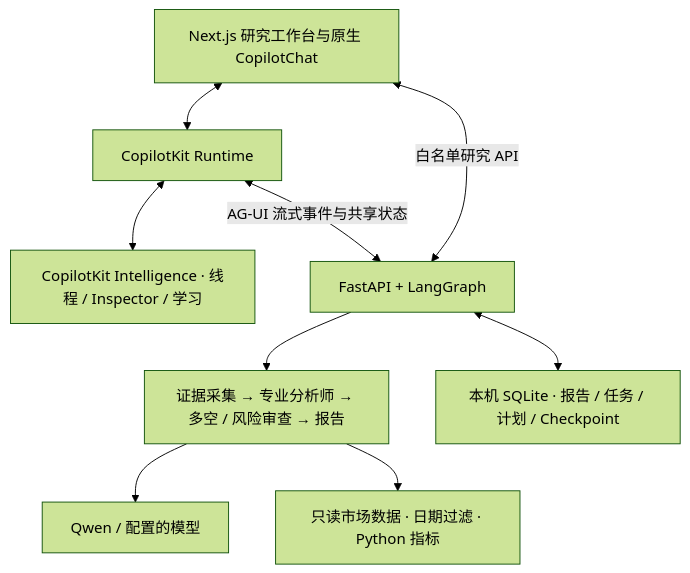
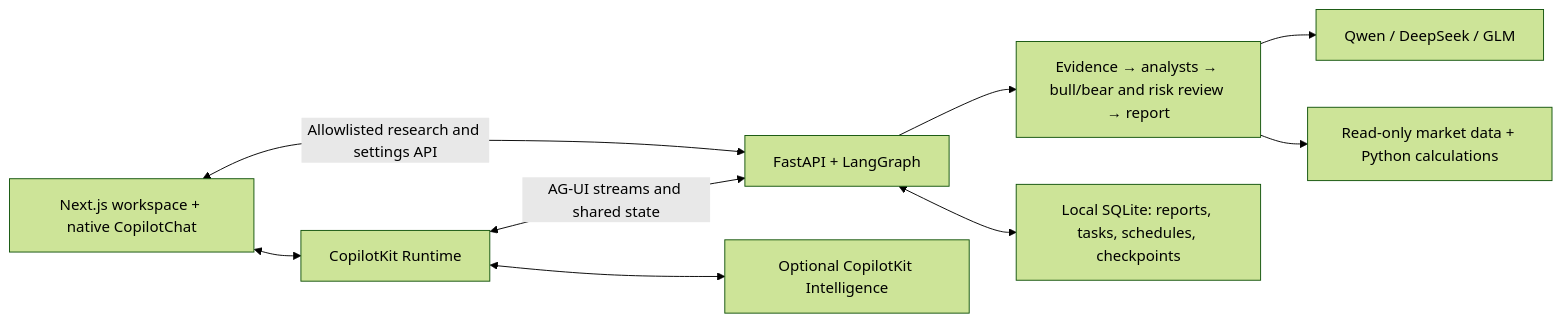
One commit to A1f1ed/Financial_Research_Agent changed the diagram in README.md. Above: the diagram before and after it, drawn with Mermaid (forest theme). The commit also changed other lines of this file and 41 other files, not shown here.

Commit message:
Add bilingual workspace, multi-provider AI settings and documentation

````diff
--- a/README.md
+++ b/README.md
@@ -26,11 +167,11 @@
 ```mermaid
-flowchart TD
-    UI[Next.js 研究工作台与原生 CopilotChat] <--> Runtime[CopilotKit Runtime]
-    Runtime <--> Intelligence[CopilotKit Intelligence · 线程 / Inspector / 学习]
-    Runtime <-->|AG-UI 流式事件与共享状态| Agent[FastAPI + LangGraph]
-    UI <-->|白名单研究 API| Agent
-    Agent --> Research[证据采集 → 专业分析师 → 多空 / 风险审查 → 报告]
-    Research --> Model[Qwen / 配置的模型]
-    Research --> Data[只读市场数据 · 日期过滤 · Python 指标]
-    Agent <--> Store[本机 SQLite · 报告 / 任务 / 计划 / Checkpoint]
+flowchart LR
+    UI[Next.js workspace + native CopilotChat] <--> Runtime[CopilotKit Runtime]
+    Runtime <-->|AG-UI streams and shared state| Agent[FastAPI + LangGraph]
+    Runtime <--> Intelligence[Optional CopilotKit Intelligence]
+    UI <-->|Allowlisted research and settings API| Agent
+    Agent --> Research[Evidence → analysts → bull/bear and risk review → report]
+    Research --> Models[Qwen / DeepSeek / GLM]
+    Research --> Sources[Read-only market data + Python calculations]
+    Agent <--> SQLite[Local SQLite: reports, tasks, schedules, checkpoints]
 ```
````
